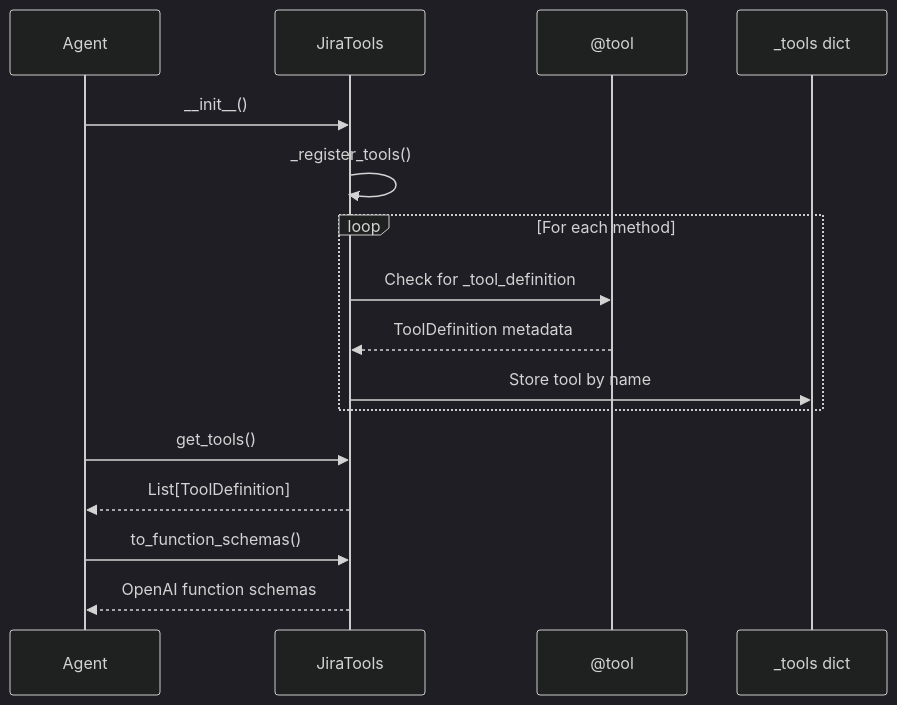
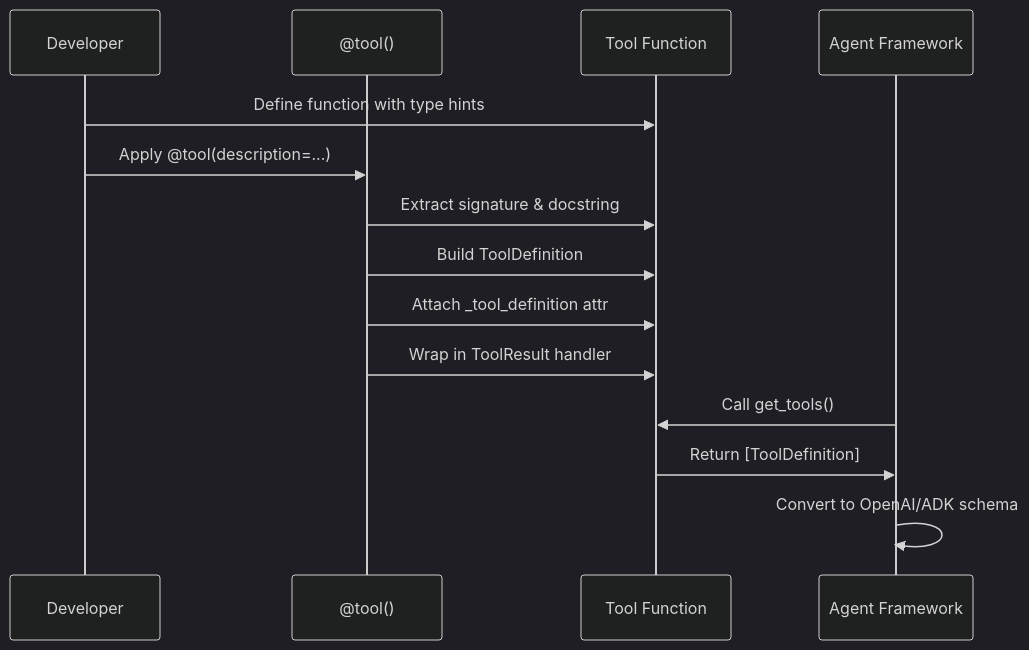
The second of 4 diagrams in docs/tools.md (jmac-cornelis/agent-workforce), drawn with Mermaid (dark theme) before and after one commit. The commit also changed other lines of this file and 4 other files, not shown here.

````diff
--- a/docs/tools.md
+++ b/docs/tools.md
@@ -73,19 +85,17 @@
 ```mermaid
 sequenceDiagram
-    participant Agent
-    participant ToolClass as JiraTools
-    participant Decorator as @tool
-    participant Registry as _tools dict
+    participant Dev as Developer
+    participant Decorator as @tool()
+    participant Func as Tool Function
+    participant Agent as Agent Framework
     
-    Agent->>ToolClass: __init__()
-    ToolClass->>ToolClass: _register_tools()
-    loop For each method
-        ToolClass->>Decorator: Check for _tool_definition
-        Decorator-->>ToolClass: ToolDefinition metadata
-        ToolClass->>Registry: Store tool by name
-    end
-    Agent->>ToolClass: get_tools()
-    ToolClass-->>Agent: List[ToolDefinition]
-    Agent->>ToolClass: to_function_schemas()
-    ToolClass-->>Agent: OpenAI function schemas
+    Dev->>Func: Define function with type hints
+    Dev->>Decorator: Apply @tool(description=...)
+    Decorator->>Func: Extract signature & docstring
+    Decorator->>Func: Build ToolDefinition
+    Decorator->>Func: Attach _tool_definition attr
+    Decorator->>Func: Wrap in ToolResult handler
+    Agent->>Func: Call get_tools()
+    Func->>Agent: Return [ToolDefinition]
+    Agent->>Agent: Convert to OpenAI/ADK schema
 ```
````
